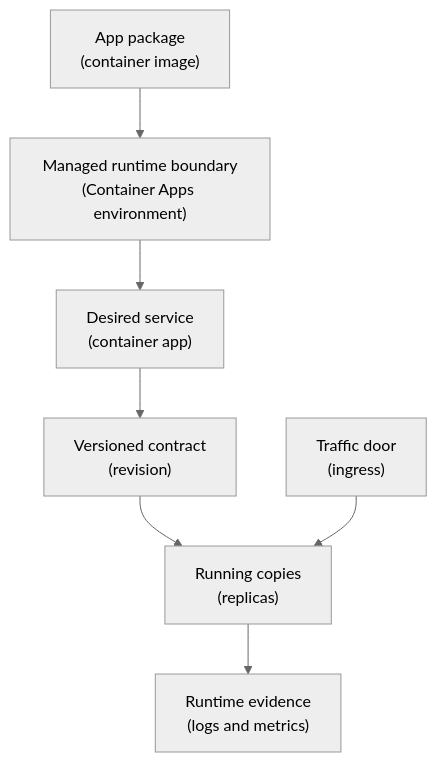
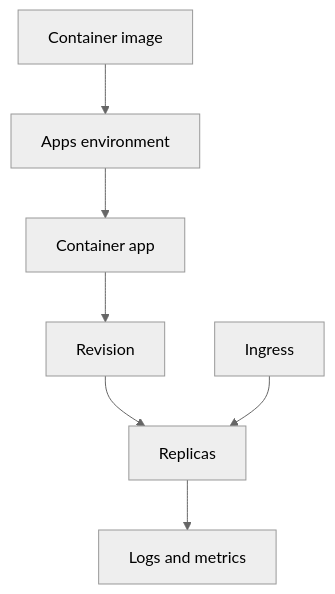
Before and after one commit to senlinyy/dev-roadmaps: the diagram in cloud-providers/azure/compute-application-hosting/azure-container-apps.md, drawn with Mermaid (neutral theme). The commit also changed other lines of this file and 141 other files, not shown here.

````diff
--- a/cloud-providers/azure/compute-application-hosting/azure-container-apps.md
+++ b/cloud-providers/azure/compute-application-hosting/azure-container-apps.md
@@ -146,17 +146,9 @@
 ```mermaid
 flowchart TD
-    IMAGE["App package<br/>(container image)"]
-    ENV["Managed runtime boundary<br/>(Container Apps environment)"]
-    APP["Desired service<br/>(container app)"]
-    REV["Versioned contract<br/>(revision)"]
-    REPLICA["Running copies<br/>(replicas)"]
-    INGRESS["Traffic door<br/>(ingress)"]
-    LOGS["Runtime evidence<br/>(logs and metrics)"]
-
-    IMAGE --> ENV
-    ENV --> APP
-    APP --> REV
-    REV --> REPLICA
-    INGRESS --> REPLICA
-    REPLICA --> LOGS
+    IMAGE["Container image"] --> ENV["Apps environment"]
+    ENV --> APP["Container app"]
+    APP --> REV["Revision"]
+    REV --> REPLICA["Replicas"]
+    INGRESS["Ingress"] --> REPLICA
+    REPLICA --> LOGS["Logs and metrics"]
 ```
````
